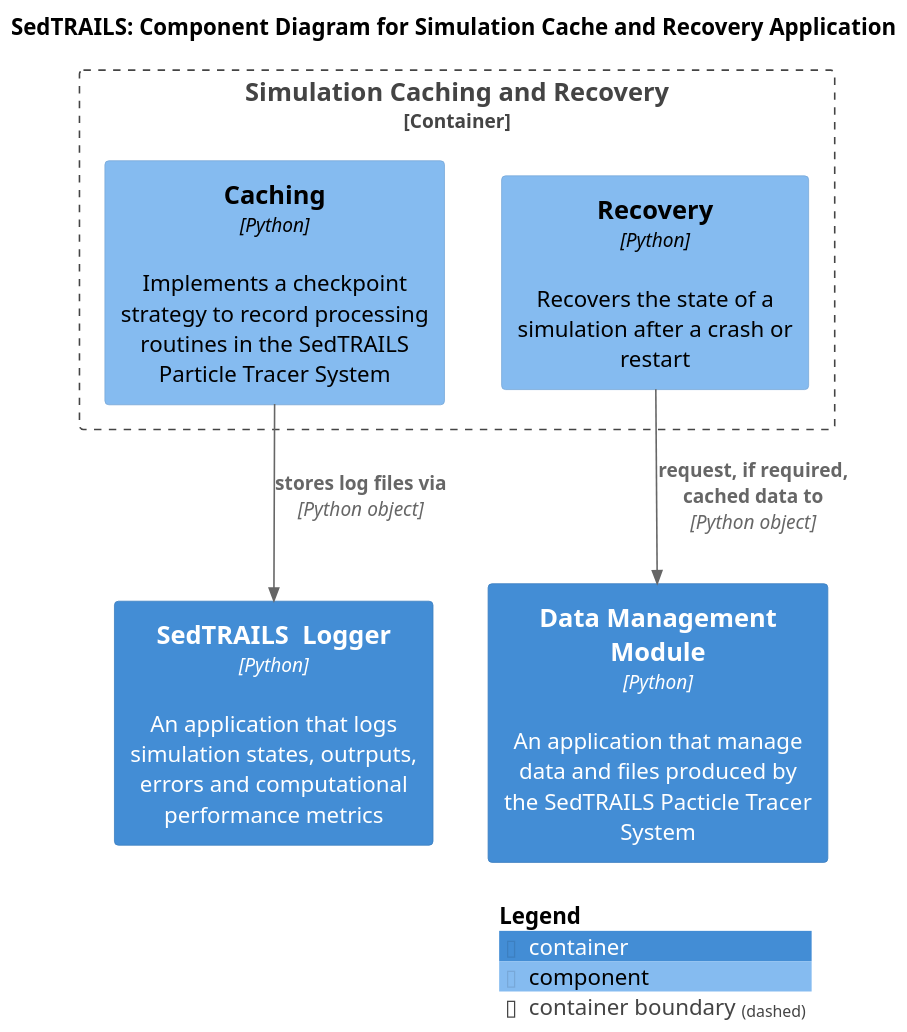
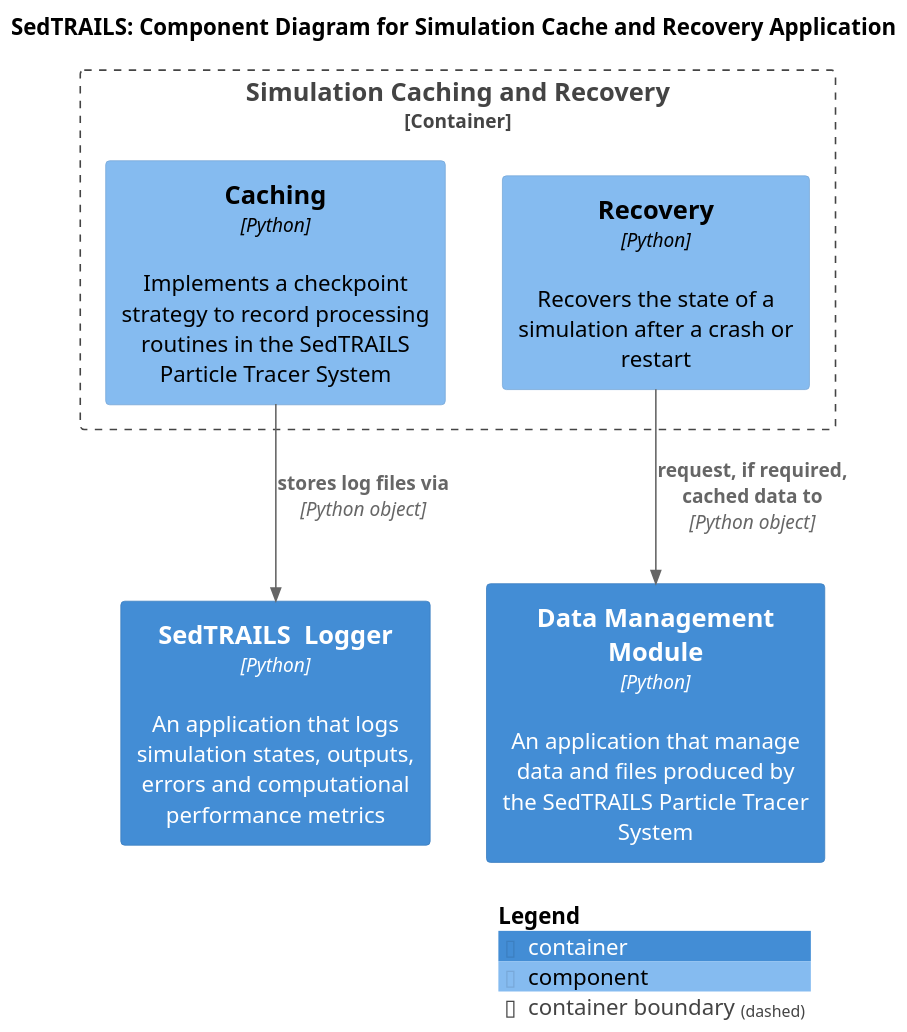
The diagram in diagrams/components-cache-app.puml (sgpearson17/sedtrails-sgp), drawn with PlantUML before and after one commit. The commit also changed 14 other files, not shown here.

Commit message:
Fix typos in software diagrams and regenerate images

```diff
--- a/diagrams/components-cache-app.puml
+++ b/diagrams/components-cache-app.puml
@@ -1,24 +1,24 @@
 @startuml SedtrailComponentsCache
 !include ./c4/C4_Component.puml
 
 ' LAYOUT_LANDSCAPE()
 
 title SedTRAILS: Component Diagram for Simulation Cache and Recovery Application
 scale 1.5
 
-Container(dataManager, "Data Management Module", "Python", "An application that manage data and files produced by the SedTRAILS Pacticle Tracer System")
+Container(dataManager, "Data Management Module", "Python", "An application that manage data and files produced by the SedTRAILS Particle Tracer System")
 
-Container(sedtrailsLogger, "SedTRAILS  Logger", "Python", "An application that logs simulation states, outrputs, errors and computational performance metrics")
+Container(sedtrailsLogger, "SedTRAILS  Logger", "Python", "An application that logs simulation states, outputs, errors and computational performance metrics")
 
 Container_Boundary(cache, "Simulation Caching and Recovery", "Python", "Provides functionality to recover simulation output, allow restarts, and reusing simulation inputs and outputs"){
     Component(caching, "Caching", "Python", "Implements a checkpoint strategy to record processing routines in the SedTRAILS Particle Tracer System")
     Component(recovery, "Recovery", "Python", "Recovers the state of a simulation after a crash or restart")
 }
 
 Rel(recovery, dataManager , "request, if required, cached data to", "Python object")
 
 
 Rel(caching, sedtrailsLogger, "stores log files via", "Python object")
 
 SHOW_LEGEND()
 @enduml
```
